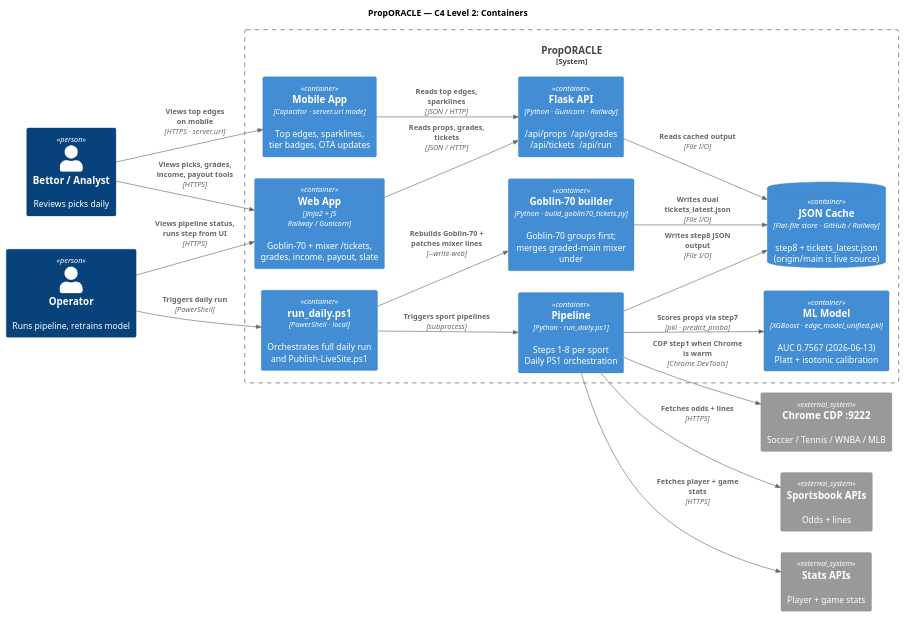
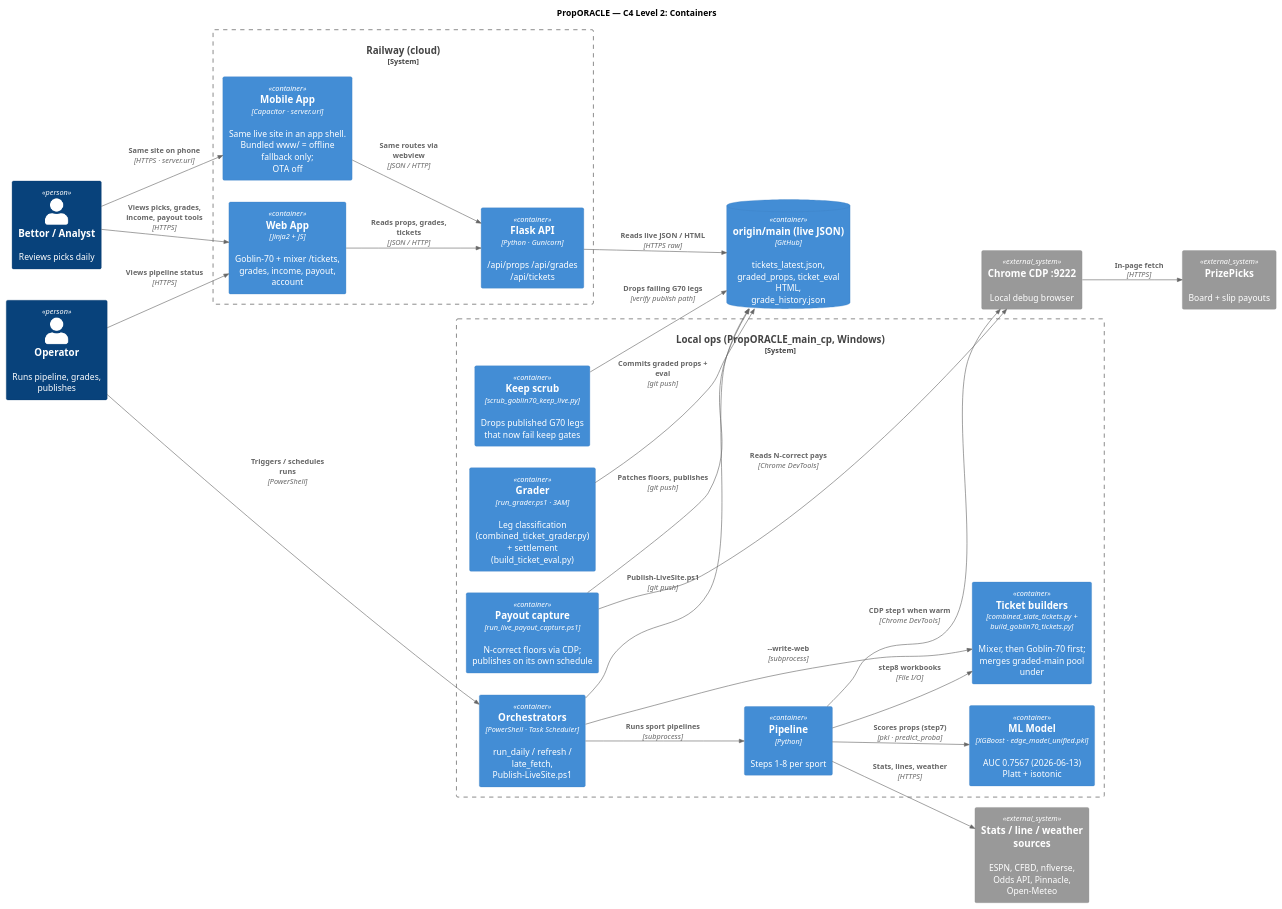
One commit to halekevi/PropORACLE changed the diagram in docs/diagrams/c4-containers.puml. Above: the diagram before and after it, drawn with PlantUML. The commit also changed 8 other files, not shown here.

First line of the commit message:
docs: Rewrite UML set with settlement and publish timing fixed.

```diff
--- a/docs/diagrams/c4-containers.puml
+++ b/docs/diagrams/c4-containers.puml
@@ -1,50 +1,61 @@
 @startuml PropORACLE_C4_Containers
 ' C4 Level 2 — Containers
 ' Render: PlantUML + C4-PlantUML macros
 ' Online: https://www.plantuml.com/plantuml
 ' VS Code: PlantUML extension (jebbs.plantuml)
 
 !include https://raw.githubusercontent.com/plantuml-stdlib/C4-PlantUML/master/C4_Container.puml
 
 LAYOUT_LEFT_RIGHT()
 skinparam shadowing false
 
 title PropORACLE — C4 Level 2: Containers
 
 Person(bettor,    "Bettor / Analyst", "Reviews picks daily")
-Person(operator,  "Operator",         "Runs pipeline, retrains model")
+Person(operator,  "Operator",         "Runs pipeline, grades, publishes")
 
-System_Boundary(sys, "PropORACLE") {
-
-  Container(webapp,    "Web App",         "Jinja2 + JS\nRailway / Gunicorn",   "Goblin-70 + mixer /tickets,\ngrades, income, payout, slate")
-  Container(mobile,    "Mobile App",      "Capacitor · server.url mode",        "Top edges, sparklines,\ntier badges, OTA updates")
-  Container(flaskapi,  "Flask API",       "Python · Gunicorn · Railway",        "/api/props  /api/grades\n/api/tickets  /api/run")
-  Container(pipeline,  "Pipeline",        "Python · run_daily.ps1",             "Steps 1–8 per sport\nDaily PS1 orchestration")
-  Container(g70,       "Goblin-70 builder","Python · build_goblin70_tickets.py","Goblin-70 groups first;\nmerges graded-main mixer under")
-  Container(mlmodel,   "ML Model",        "XGBoost · edge_model_unified.pkl",   "AUC 0.7567 (2026-06-13)\nPlatt + isotonic calibration")
-  ContainerDb(cache,   "JSON Cache",      "Flat-file store · GitHub / Railway", "step8 + tickets_latest.json\n(origin/main is live source)")
-  Container(ps1,       "run_daily.ps1",   "PowerShell · local",                 "Orchestrates full daily run\nand Publish-LiveSite.ps1")
+System_Boundary(railway_b, "Railway (cloud)") {
+  Container(webapp,   "Web App",   "Jinja2 + JS",                    "Goblin-70 + mixer /tickets,\ngrades, income, payout, account")
+  Container(flaskapi, "Flask API", "Python · Gunicorn",              "/api/props /api/grades\n/api/tickets")
+  Container(mobile,   "Mobile App","Capacitor · server.url",         "Same live site in an app shell.\nBundled www/ = offline fallback only;\nOTA off")
 }
 
-System_Ext(sbApis,    "Sportsbook APIs", "Odds + lines")
-System_Ext(statsApis, "Stats APIs",      "Player + game stats")
-System_Ext(wt,        "Chrome CDP :9222", "Soccer / Tennis / WNBA / MLB")
+System_Boundary(local_b, "Local ops (PropORACLE_main_cp, Windows)") {
+  Container(ps1,      "Orchestrators",    "PowerShell · Task Scheduler",      "run_daily / refresh / late_fetch,\nPublish-LiveSite.ps1")
+  Container(pipeline, "Pipeline",         "Python",                           "Steps 1–8 per sport")
+  Container(mlmodel,  "ML Model",         "XGBoost · edge_model_unified.pkl", "AUC 0.7567 (2026-06-13)\nPlatt + isotonic")
+  Container(g70,      "Ticket builders",  "combined_slate_tickets.py +\nbuild_goblin70_tickets.py", "Mixer, then Goblin-70 first;\nmerges graded-main pool under")
+  Container(grader,   "Grader",           "run_grader.ps1 · 3AM",             "Leg classification\n(combined_ticket_grader.py)\n+ settlement (build_ticket_eval.py)")
+  Container(payout,   "Payout capture",   "run_live_payout_capture.ps1",      "N-correct floors via CDP;\npublishes on its own schedule")
+  Container(scrub,    "Keep scrub",       "scrub_goblin70_keep_live.py",      "Drops published G70 legs\nthat now fail keep gates")
+}
 
-Rel(bettor,    webapp,   "Views picks, grades,\nincome, payout tools",  "HTTPS")
-Rel(bettor,    mobile,   "Views top edges\non mobile",                  "HTTPS · server.url")
-Rel(operator,  ps1,      "Triggers daily run",                          "PowerShell")
-Rel(operator,  webapp,   "Views pipeline status,\nruns step from UI",   "HTTPS")
+ContainerDb(repo, "origin/main (live JSON)", "GitHub", "tickets_latest.json,\ngraded_props, ticket_eval HTML,\ngrade_history.json")
 
-Rel(webapp,    flaskapi, "Reads props, grades,\ntickets",               "JSON / HTTP")
-Rel(mobile,    flaskapi, "Reads top edges,\nsparklines",                "JSON / HTTP")
-Rel(flaskapi,  cache,    "Reads cached output",                         "File I/O")
-Rel(ps1,       pipeline, "Triggers sport pipelines",                    "subprocess")
-Rel(pipeline,  mlmodel,  "Scores props via step7",                      "pkl · predict_proba")
-Rel(pipeline,  cache,    "Writes step8 JSON output",                    "File I/O")
-Rel(ps1,       g70,      "Rebuilds Goblin-70 +\npatches mixer lines",    "--write-web")
-Rel(g70,       cache,    "Writes dual tickets_latest.json",             "File I/O")
-Rel(pipeline,  sbApis,   "Fetches odds + lines",                        "HTTPS")
-Rel(pipeline,  statsApis,"Fetches player + game stats",                 "HTTPS")
-Rel(pipeline,  wt,       "CDP step1 when Chrome is warm",               "Chrome DevTools")
+System_Ext(pp,    "PrizePicks", "Board + slip payouts")
+System_Ext(chrome,"Chrome CDP :9222", "Local debug browser")
+System_Ext(ext,   "Stats / line / weather sources", "ESPN, CFBD, nflverse,\nOdds API, Pinnacle, Open-Meteo")
+
+Rel(bettor,   webapp,   "Views picks, grades,\nincome, payout tools", "HTTPS")
+Rel(bettor,   mobile,   "Same site on phone",                         "HTTPS · server.url")
+Rel(operator, ps1,      "Triggers / schedules runs",                  "PowerShell")
+Rel(operator, webapp,   "Views pipeline status",                      "HTTPS")
+
+Rel(webapp,   flaskapi, "Reads props, grades, tickets", "JSON / HTTP")
+Rel(mobile,   flaskapi, "Same routes via webview",      "JSON / HTTP")
+Rel(flaskapi, repo,     "Reads live JSON / HTML",       "HTTPS raw")
+
+Rel(ps1,      pipeline, "Runs sport pipelines",          "subprocess")
+Rel(pipeline, chrome,   "CDP step1 when warm",           "Chrome DevTools")
+Rel(chrome,   pp,       "In-page fetch",                 "HTTPS")
+Rel(pipeline, ext,      "Stats, lines, weather",         "HTTPS")
+Rel(pipeline, mlmodel,  "Scores props (step7)",          "pkl · predict_proba")
+Rel(ps1,      g70,      "--write-web",                   "subprocess")
+Rel(pipeline, g70,      "step8 workbooks",               "File I/O")
+Rel(ps1,      repo,     "Publish-LiveSite.ps1",          "git push")
+Rel(grader,   repo,     "Commits graded props + eval",   "git push")
+Rel(payout,   chrome,   "Reads N-correct pays",          "Chrome DevTools")
+Rel(payout,   repo,     "Patches floors, publishes",     "git push")
+Rel(scrub,    repo,     "Drops failing G70 legs",        "verify publish path")
 
 @enduml
```
